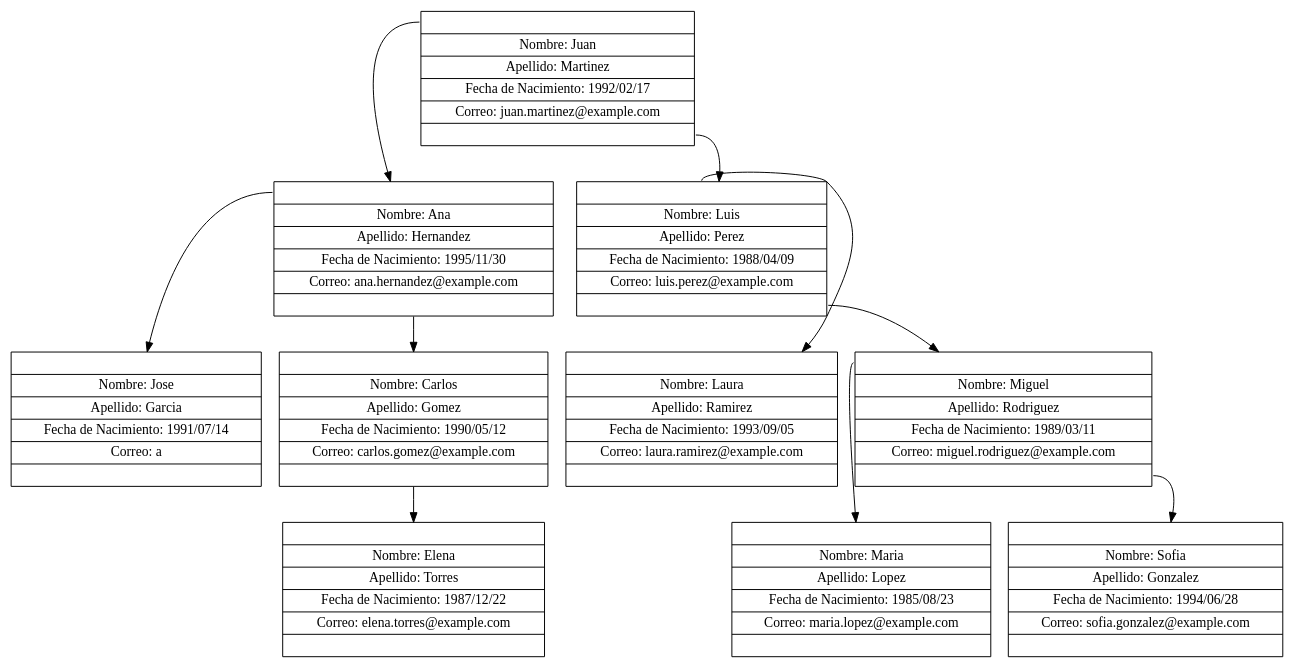
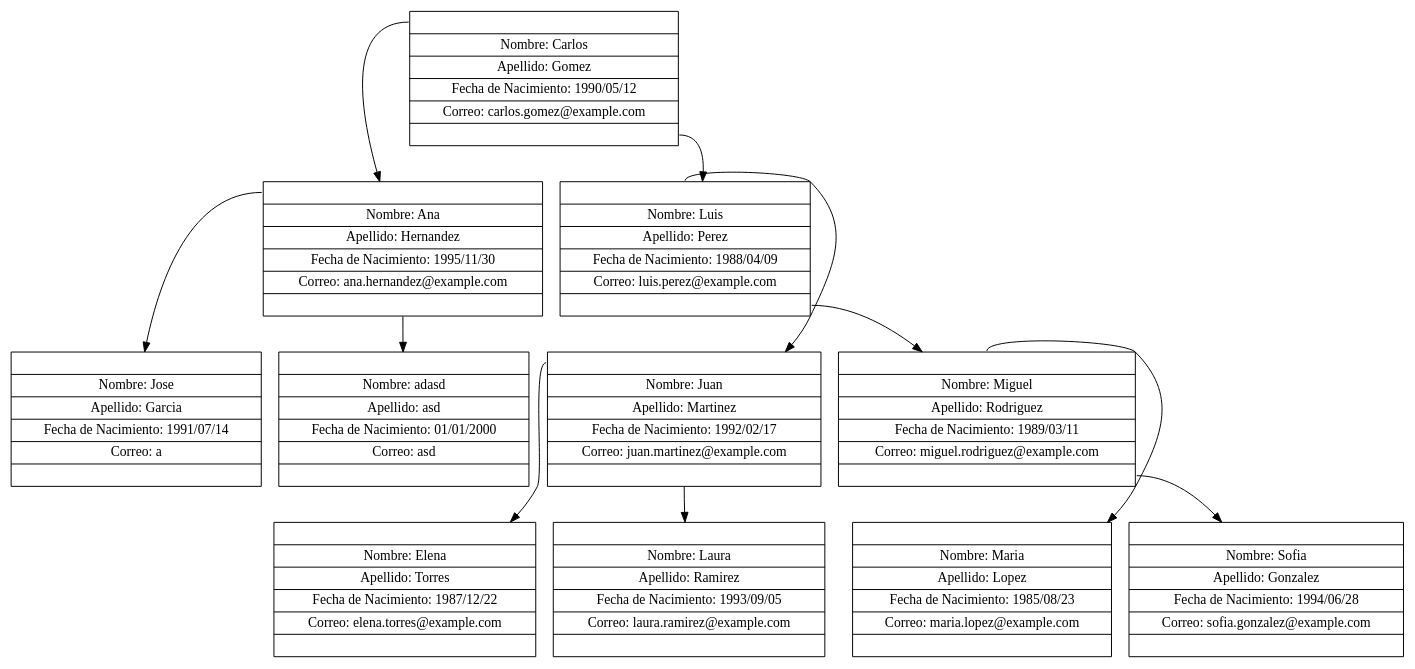
The diagram in Fase_2/build/Desktop_Qt_6_7_2_MinGW_64_bit-Debug/arbolAVL.dot (LightDemon12/-EDD-PROYECTOS_202100215), drawn with Graphviz before and after one commit. The commit also changed 17 other files, not shown here.

```diff
--- a/Fase_2/build/Desktop_Qt_6_7_2_MinGW_64_bit-Debug/arbolAVL.dot
+++ b/Fase_2/build/Desktop_Qt_6_7_2_MinGW_64_bit-Debug/arbolAVL.dot
@@ -1,22 +1,24 @@
 digraph G {
 node [shape=record];
-nodo0x1fe0c520910 [label="{<f0> |<f1> Nombre: Juan | Apellido: Martinez | Fecha de Nacimiento: 1992/02/17 | Correo: juan.martinez@example.com |<f2> }"];
-nodo0x1fe0c520910:f0 -> nodo0x1fe0c521de0;
-nodo0x1fe0c521de0 [label="{<f0> |<f1> Nombre: Ana | Apellido: Hernandez | Fecha de Nacimiento: 1995/11/30 | Correo: ana.hernandez@example.com |<f2> }"];
-nodo0x1fe0c521de0:f0 -> nodo0x1fe0c5203a0;
-nodo0x1fe0c5203a0 [label="{<f0> |<f1> Nombre: Jose | Apellido: Garcia | Fecha de Nacimiento: 1991/07/14 | Correo: a |<f2> }"];
-nodo0x1fe0c521de0:f2 -> nodo0x1fe0c521f00;
-nodo0x1fe0c521f00 [label="{<f0> |<f1> Nombre: Carlos | Apellido: Gomez | Fecha de Nacimiento: 1990/05/12 | Correo: carlos.gomez@example.com |<f2> }"];
-nodo0x1fe0c521f00:f2 -> nodo0x1fe0c520250;
-nodo0x1fe0c520250 [label="{<f0> |<f1> Nombre: Elena | Apellido: Torres | Fecha de Nacimiento: 1987/12/22 | Correo: elena.torres@example.com |<f2> }"];
-nodo0x1fe0c520910:f2 -> nodo0x1fe0c5208e0;
-nodo0x1fe0c5208e0 [label="{<f0> |<f1> Nombre: Luis | Apellido: Perez | Fecha de Nacimiento: 1988/04/09 | Correo: luis.perez@example.com |<f2> }"];
-nodo0x1fe0c5208e0:f0 -> nodo0x1fe0c520700;
-nodo0x1fe0c520700 [label="{<f0> |<f1> Nombre: Laura | Apellido: Ramirez | Fecha de Nacimiento: 1993/09/05 | Correo: laura.ramirez@example.com |<f2> }"];
-nodo0x1fe0c5208e0:f2 -> nodo0x1fe0c520940;
-nodo0x1fe0c520940 [label="{<f0> |<f1> Nombre: Miguel | Apellido: Rodriguez | Fecha de Nacimiento: 1989/03/11 | Correo: miguel.rodriguez@example.com |<f2> }"];
-nodo0x1fe0c520940:f0 -> nodo0x1fe0c5208b0;
-nodo0x1fe0c5208b0 [label="{<f0> |<f1> Nombre: Maria | Apellido: Lopez | Fecha de Nacimiento: 1985/08/23 | Correo: maria.lopez@example.com |<f2> }"];
-nodo0x1fe0c520940:f2 -> nodo0x1fe0c5204c0;
-nodo0x1fe0c5204c0 [label="{<f0> |<f1> Nombre: Sofia | Apellido: Gonzalez | Fecha de Nacimiento: 1994/06/28 | Correo: sofia.gonzalez@example.com |<f2> }"];
+nodo0x1613a301f40 [label="{<f0> |<f1> Nombre: Carlos | Apellido: Gomez | Fecha de Nacimiento: 1990/05/12 | Correo: carlos.gomez@example.com |<f2> }"];
+nodo0x1613a301f40:f0 -> nodo0x1613a301f70;
+nodo0x1613a301f70 [label="{<f0> |<f1> Nombre: Ana | Apellido: Hernandez | Fecha de Nacimiento: 1995/11/30 | Correo: ana.hernandez@example.com |<f2> }"];
+nodo0x1613a301f70:f0 -> nodo0x1613a302630;
+nodo0x1613a302630 [label="{<f0> |<f1> Nombre: Jose | Apellido: Garcia | Fecha de Nacimiento: 1991/07/14 | Correo: a |<f2> }"];
+nodo0x1613a301f70:f2 -> nodo0x1613f8a8080;
+nodo0x1613f8a8080 [label="{<f0> |<f1> Nombre: adasd | Apellido: asd | Fecha de Nacimiento: 01/01/2000 | Correo: asd |<f2> }"];
+nodo0x1613a301f40:f2 -> nodo0x1613a302120;
+nodo0x1613a302120 [label="{<f0> |<f1> Nombre: Luis | Apellido: Perez | Fecha de Nacimiento: 1988/04/09 | Correo: luis.perez@example.com |<f2> }"];
+nodo0x1613a302120:f0 -> nodo0x1613a302000;
+nodo0x1613a302000 [label="{<f0> |<f1> Nombre: Juan | Apellido: Martinez | Fecha de Nacimiento: 1992/02/17 | Correo: juan.martinez@example.com |<f2> }"];
+nodo0x1613a302000:f0 -> nodo0x1613a302210;
+nodo0x1613a302210 [label="{<f0> |<f1> Nombre: Elena | Apellido: Torres | Fecha de Nacimiento: 1987/12/22 | Correo: elena.torres@example.com |<f2> }"];
+nodo0x1613a302000:f2 -> nodo0x1613a302690;
+nodo0x1613a302690 [label="{<f0> |<f1> Nombre: Laura | Apellido: Ramirez | Fecha de Nacimiento: 1993/09/05 | Correo: laura.ramirez@example.com |<f2> }"];
+nodo0x1613a302120:f2 -> nodo0x1613a3026f0;
+nodo0x1613a3026f0 [label="{<f0> |<f1> Nombre: Miguel | Apellido: Rodriguez | Fecha de Nacimiento: 1989/03/11 | Correo: miguel.rodriguez@example.com |<f2> }"];
+nodo0x1613a3026f0:f0 -> nodo0x1613a3021e0;
+nodo0x1613a3021e0 [label="{<f0> |<f1> Nombre: Maria | Apellido: Lopez | Fecha de Nacimiento: 1985/08/23 | Correo: maria.lopez@example.com |<f2> }"];
+nodo0x1613a3026f0:f2 -> nodo0x1613a302270;
+nodo0x1613a302270 [label="{<f0> |<f1> Nombre: Sofia | Apellido: Gonzalez | Fecha de Nacimiento: 1994/06/28 | Correo: sofia.gonzalez@example.com |<f2> }"];
 }
```
